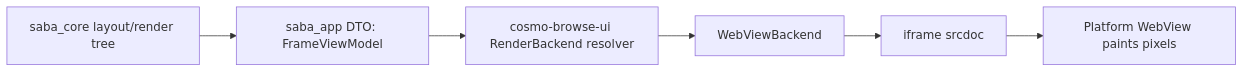
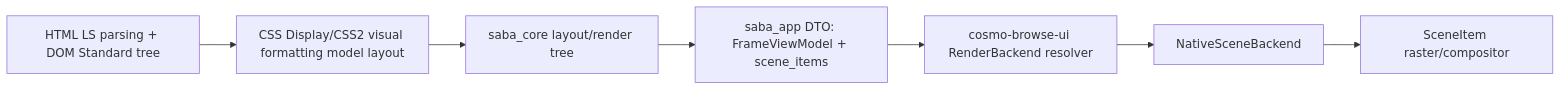
One commit to pkaiy81/CosmoBrowse changed the first of 2 diagrams in docs/architecture/render-pipeline.md. Above: the diagram before and after it, drawn with Mermaid. The commit also changed other lines of this file and 4 other files, not shown here.

Commit message:
Deprecate WebView backend and standardize native scene rendering

````diff
--- a/docs/architecture/render-pipeline.md
+++ b/docs/architecture/render-pipeline.md
@@ -5,8 +5,9 @@
 ```mermaid
 flowchart LR
-  A["saba_core layout/render tree"] --> B["saba_app DTO: FrameViewModel"]
-  B --> C["cosmo-browse-ui RenderBackend resolver"]
-  C --> D["WebViewBackend"]
-  D --> E["iframe srcdoc"]
-  E --> F["Platform WebView paints pixels"]
+  A["HTML LS parsing + DOM Standard tree"] --> B["CSS Display/CSS2 visual formatting model layout"]
+  B --> C["saba_core layout/render tree"]
+  C --> D["saba_app DTO: FrameViewModel + scene_items"]
+  D --> E["cosmo-browse-ui RenderBackend resolver"]
+  E --> F["NativeSceneBackend"]
+  F --> G["SceneItem raster/compositor"]
 ```
````
